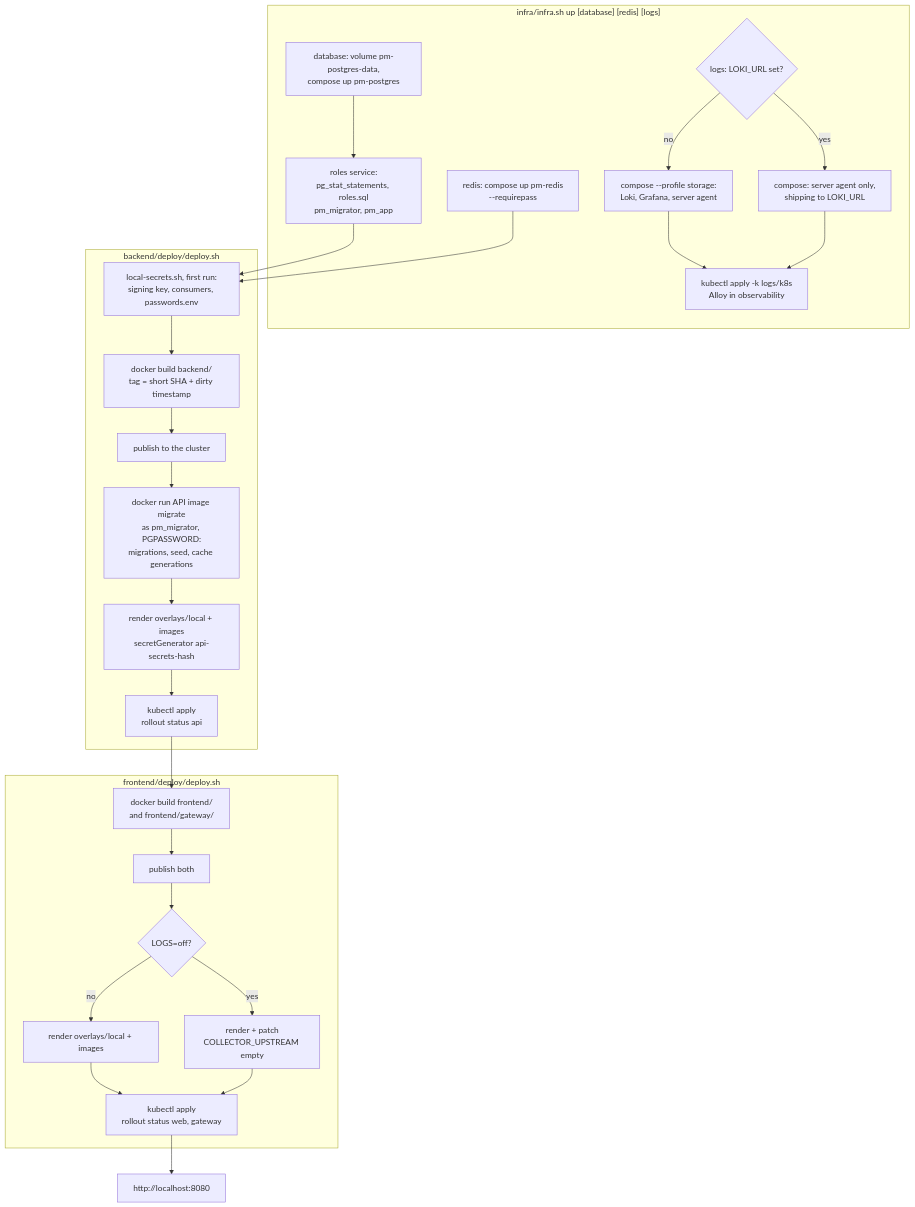
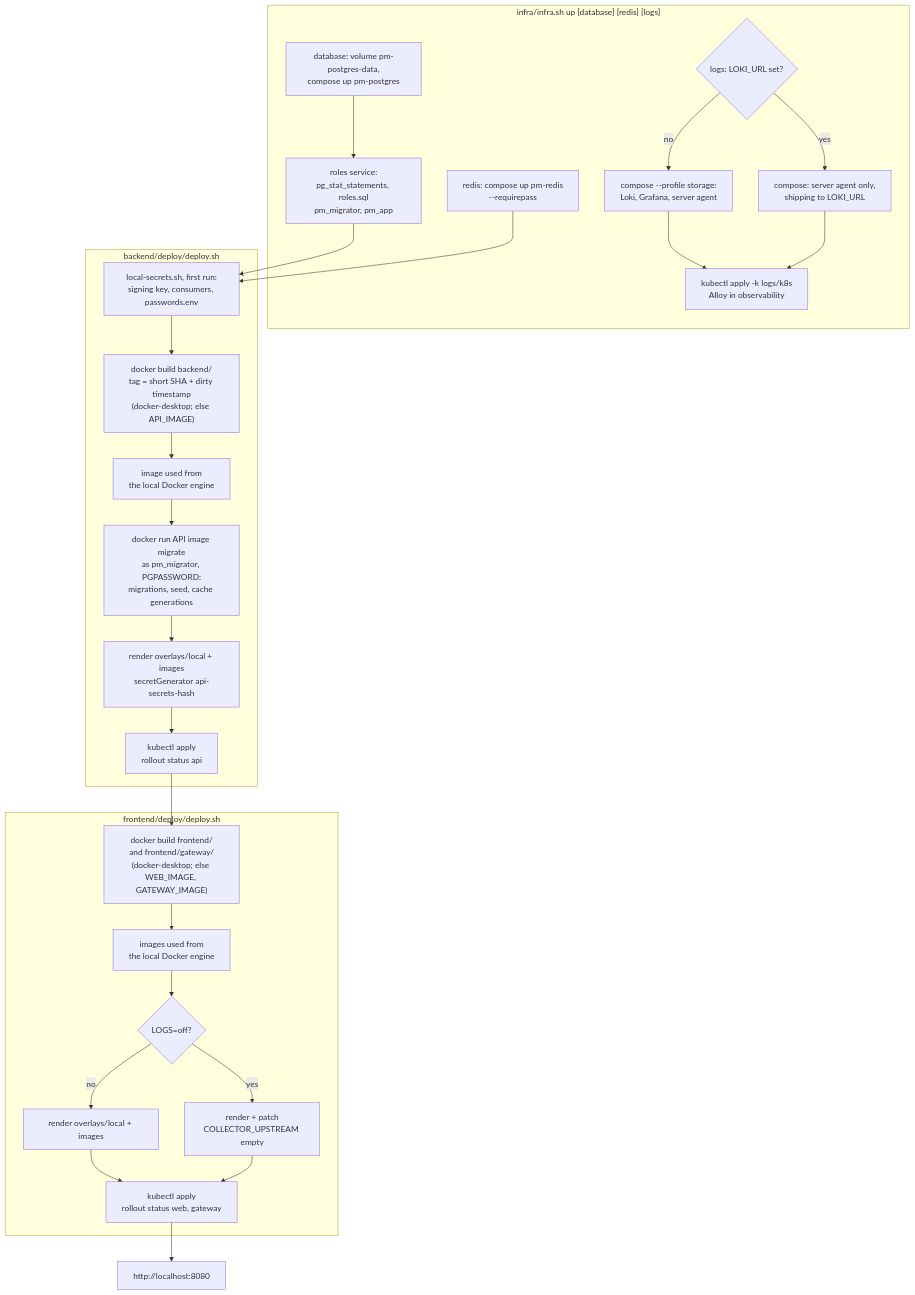
Diagram 13 of 18 in docs/flows.md (RubenCipriano/zeiss-product-management), drawn with Mermaid before and after one commit. The commit also changed other lines of this file and 27 other files, not shown here.

````diff
--- a/docs/flows.md
+++ b/docs/flows.md
@@ -643,31 +644,31 @@
 ```mermaid
 flowchart TD
     subgraph infra["infra/infra.sh up [database] [redis] [logs]"]
         i1["database: volume pm-postgres-data,<br/>compose up pm-postgres"] --> i2["roles service:<br/>pg_stat_statements, roles.sql<br/>pm_migrator, pm_app"]
         i3["redis: compose up pm-redis<br/>--requirepass"]
         i4{"logs: LOKI_URL set?"}
         i4 -->|"no"| i5["compose --profile storage:<br/>Loki, Grafana, server agent"]
         i4 -->|"yes"| i6["compose: server agent only,<br/>shipping to LOKI_URL"]
         i5 & i6 --> i7["kubectl apply -k logs/k8s<br/>Alloy in observability"]
     end
 
     subgraph backend["backend/deploy/deploy.sh"]
-        b0["local-secrets.sh, first run:<br/>signing key, consumers, passwords.env"] --> b1["docker build backend/<br/>tag = short SHA + dirty timestamp"]
-        b1 --> b2["publish to the cluster"]
+        b0["local-secrets.sh, first run:<br/>signing key, consumers, passwords.env"] --> b1["docker build backend/<br/>tag = short SHA + dirty timestamp<br/>(docker-desktop; else API_IMAGE)"]
+        b1 --> b2["image used from<br/>the local Docker engine"]
         b2 --> b3["docker run API image migrate<br/>as pm_migrator, PGPASSWORD:<br/>migrations, seed, cache generations"]
         b3 --> b4["render overlays/local + images<br/>secretGenerator api-secrets-hash"]
         b4 --> b5["kubectl apply<br/>rollout status api"]
     end
 
     subgraph frontend["frontend/deploy/deploy.sh"]
-        f1["docker build frontend/<br/>and frontend/gateway/"] --> f2["publish both"]
+        f1["docker build frontend/<br/>and frontend/gateway/<br/>(docker-desktop; else WEB_IMAGE, GATEWAY_IMAGE)"] --> f2["images used from<br/>the local Docker engine"]
         f2 --> f3{"LOGS=off?"}
         f3 -->|"no"| f4["render overlays/local + images"]
         f3 -->|"yes"| f5["render + patch<br/>COLLECTOR_UPSTREAM empty"]
         f4 & f5 --> f6["kubectl apply<br/>rollout status web, gateway"]
     end
 
     i2 & i3 --> b0
     b5 --> f1
     f6 --> done["http://localhost:8080"]
 ```
````
